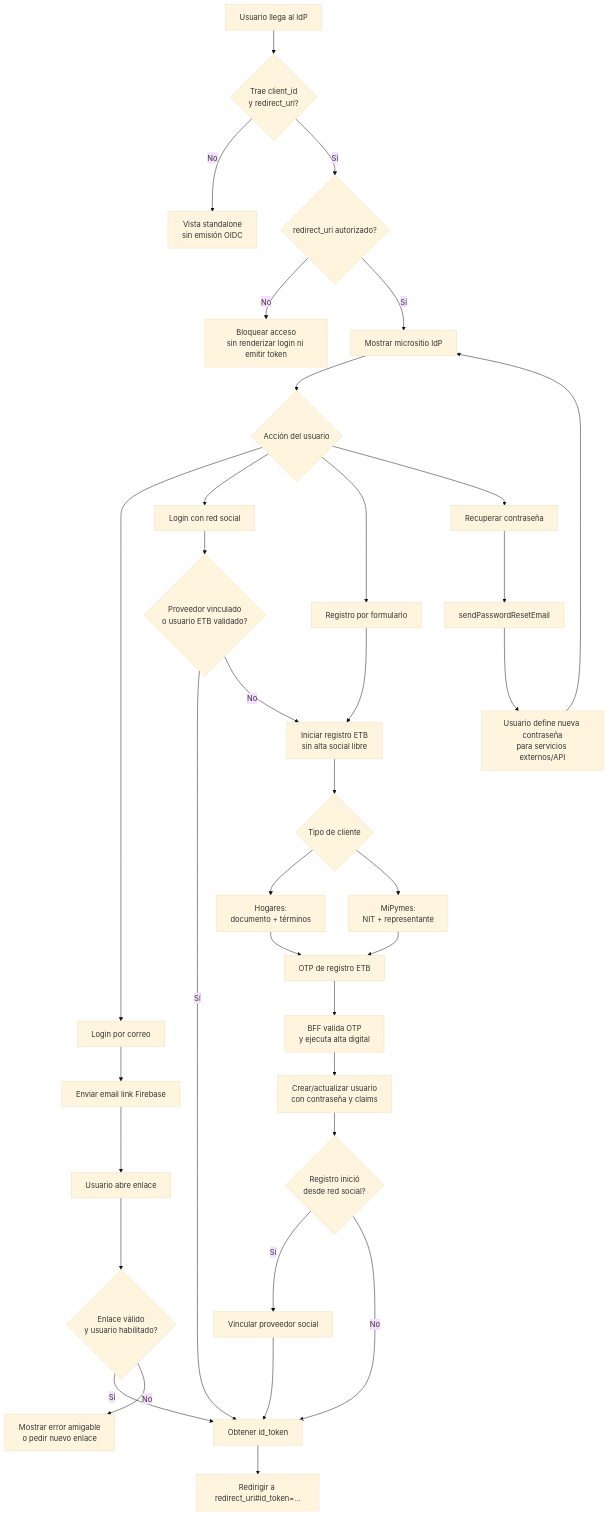
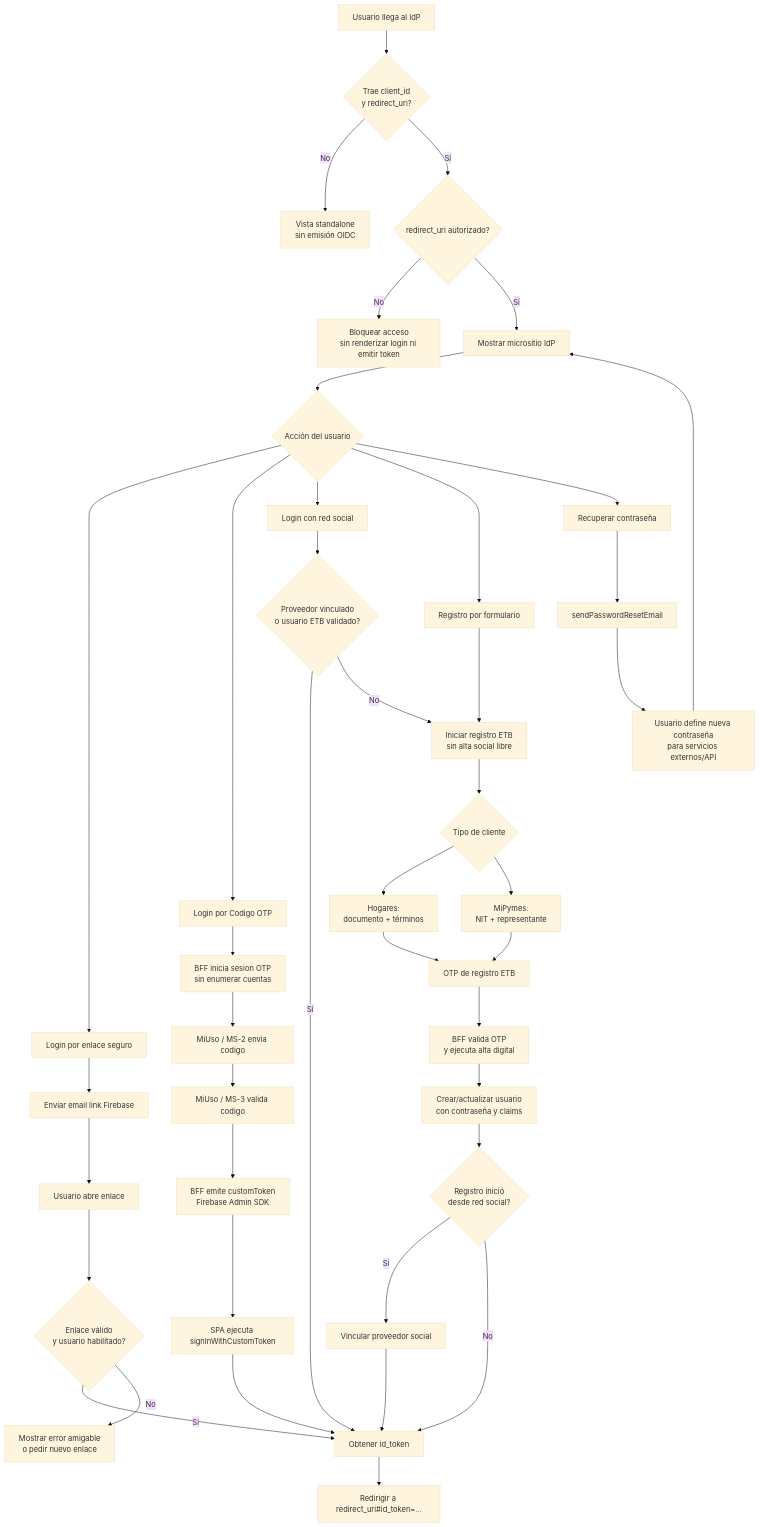
Before and after one commit to caguanet/Acelerador-para-Cliente-OIDC-GCP-Idp: the fifth of 8 diagrams in docs/architecture/TECH_README.md, drawn with Mermaid (base theme). The commit also changed other lines of this file and 41 other files, not shown here.

Commit message:
feat: add email OTP login rollout

````diff
--- a/docs/architecture/TECH_README.md
+++ b/docs/architecture/TECH_README.md
@@ -127,43 +177,51 @@
 ```mermaid
 flowchart TD
     START["Usuario llega al IdP"] --> PARAMS{"Trae client_id<br/>y redirect_uri?"}
     PARAMS -- "No" --> STANDALONE["Vista standalone<br/>sin emisión OIDC"]
     PARAMS -- "Sí" --> ORIGIN{"redirect_uri autorizado?"}
     ORIGIN -- "No" --> BLOCK["Bloquear acceso<br/>sin renderizar login ni emitir token"]
     ORIGIN -- "Sí" --> ENTRY["Mostrar micrositio IdP"]
 
     ENTRY --> CHOICE{"Acción del usuario"}
 
-    CHOICE --> EMAIL["Login por correo"]
+    CHOICE --> EMAIL["Login por enlace seguro"]
     EMAIL --> SENDLINK["Enviar email link Firebase"]
     SENDLINK --> OPENLINK["Usuario abre enlace"]
     OPENLINK --> VALIDLINK{"Enlace válido<br/>y usuario habilitado?"}
     VALIDLINK -- "Sí" --> TOKEN["Obtener id_token"]
     VALIDLINK -- "No" --> EMAILERR["Mostrar error amigable<br/>o pedir nuevo enlace"]
+
+    CHOICE --> OTPLOGIN["Login por Codigo OTP"]
+    OTPLOGIN --> STARTOTP["BFF inicia sesion OTP<br/>sin enumerar cuentas"]
+    STARTOTP --> SENDOTP["MiUso / MS-2 envia codigo"]
+    SENDOTP --> VERIFYOTP["MiUso / MS-3 valida codigo"]
+    VERIFYOTP --> CUSTOM["BFF emite customToken<br/>Firebase Admin SDK"]
+    CUSTOM --> SIGNCUSTOM["SPA ejecuta signInWithCustomToken"]
+    SIGNCUSTOM --> TOKEN
 
     CHOICE --> SOCIAL["Login con red social"]
     SOCIAL --> SOCIALOK{"Proveedor vinculado<br/>o usuario ETB validado?"}
     SOCIALOK -- "Sí" --> TOKEN
     SOCIALOK -- "No" --> REGSTART["Iniciar registro ETB<br/>sin alta social libre"]
 
     CHOICE --> REGISTER["Registro por formulario"]
     REGISTER --> REGSTART
     REGSTART --> CUSTOMER{"Tipo de cliente"}
     CUSTOMER --> HOGARES["Hogares:<br/>documento + términos"]
     CUSTOMER --> MIPYMES["MiPymes:<br/>NIT + representante"]
     HOGARES --> OTP["OTP de registro ETB"]
     MIPYMES --> OTP
     OTP --> MS4["BFF valida OTP<br/>y ejecuta alta digital"]
     MS4 --> CREATE["Crear/actualizar usuario<br/>con contraseña y claims"]
     CREATE --> PENDING{"Registro inició<br/>desde red social?"}
     PENDING -- "Sí" --> LINKSOC["Vincular proveedor social"]
     PENDING -- "No" --> TOKEN
     LINKSOC --> TOKEN
 
     CHOICE --> RECOVERY["Recuperar contraseña"]
     RECOVERY --> RESET["sendPasswordResetEmail"]
     RESET --> RESETDONE["Usuario define nueva contraseña<br/>para servicios externos/API"]
     RESETDONE --> ENTRY
 
     TOKEN --> REDIRECT["Redirigir a redirect_uri#id_token=..."]
 ```
````
